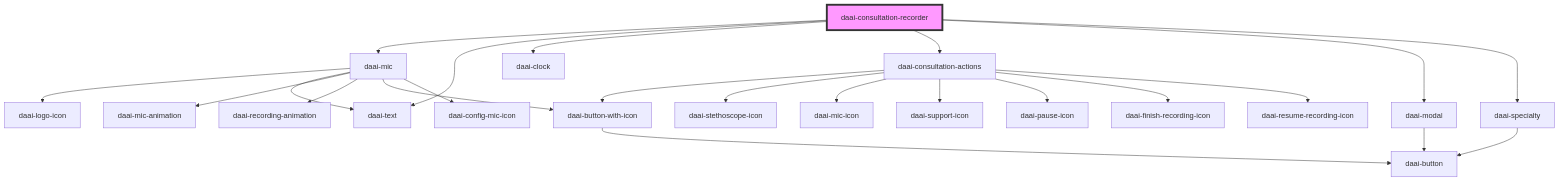
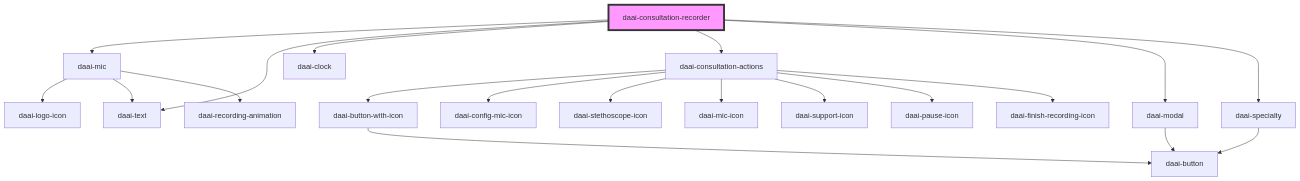
One commit to doctor-assistant/web-components changed the diagram in src/components/templates/daai-consultation-recorder/readme.md. Above: the diagram before and after it, drawn with Mermaid. The commit also changed other lines of this file and 13 other files, not shown here.

````diff
--- a/src/components/templates/daai-consultation-recorder/readme.md
+++ b/src/components/templates/daai-consultation-recorder/readme.md
@@ -31,26 +31,23 @@
 ```mermaid
 graph TD;
   daai-consultation-recorder --> daai-mic
   daai-consultation-recorder --> daai-text
   daai-consultation-recorder --> daai-clock
   daai-consultation-recorder --> daai-consultation-actions
   daai-consultation-recorder --> daai-modal
   daai-consultation-recorder --> daai-specialty
   daai-mic --> daai-logo-icon
   daai-mic --> daai-text
-  daai-mic --> daai-mic-animation
   daai-mic --> daai-recording-animation
-  daai-mic --> daai-button-with-icon
-  daai-mic --> daai-config-mic-icon
-  daai-button-with-icon --> daai-button
   daai-consultation-actions --> daai-button-with-icon
+  daai-consultation-actions --> daai-config-mic-icon
   daai-consultation-actions --> daai-stethoscope-icon
   daai-consultation-actions --> daai-mic-icon
   daai-consultation-actions --> daai-support-icon
   daai-consultation-actions --> daai-pause-icon
   daai-consultation-actions --> daai-finish-recording-icon
-  daai-consultation-actions --> daai-resume-recording-icon
+  daai-button-with-icon --> daai-button
   daai-modal --> daai-button
   daai-specialty --> daai-button
   style daai-consultation-recorder fill:#f9f,stroke:#333,stroke-width:4px
 ```
````
